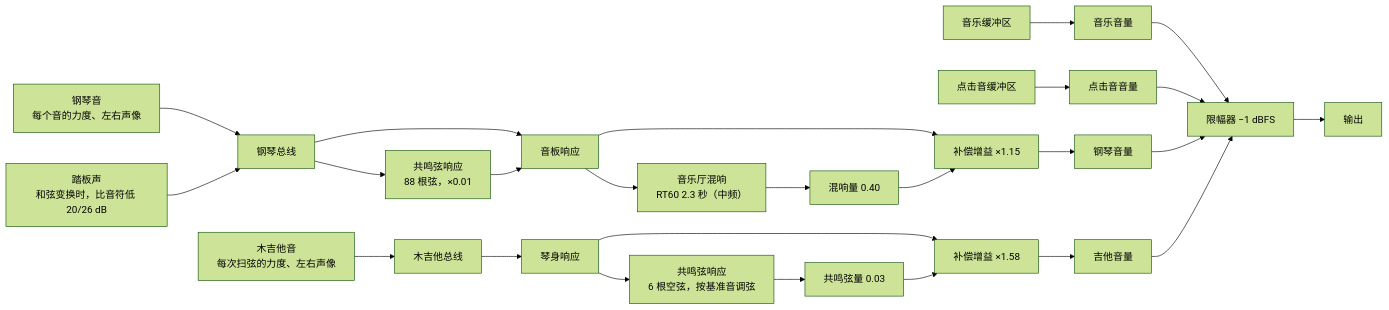
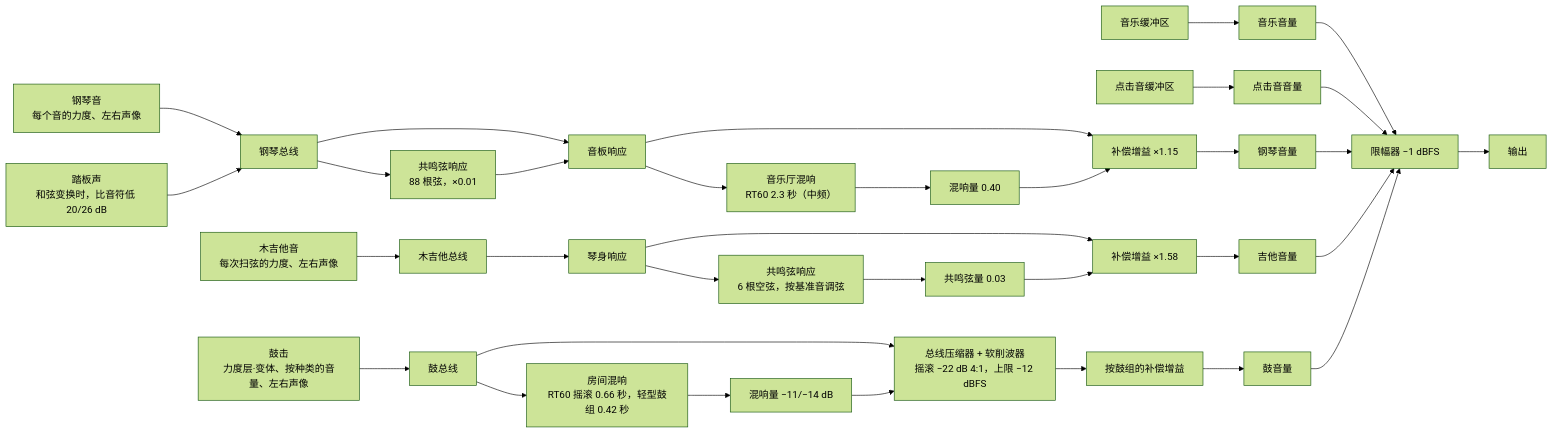
Before and after one commit to Velvitty/Chordity: the third of 3 diagrams in README.zh.md, drawn with Mermaid (forest theme). The commit also changed other lines of this file and 7 other files, not shown here.

````diff
--- a/README.zh.md
+++ b/README.zh.md
@@ -1419,20 +1436,25 @@
 ```mermaid
 flowchart LR
   M["音乐缓冲区"] --> GM["音乐音量"]
   C["点击音缓冲区"] --> GC["点击音音量"]
   P["钢琴音<br/>每个音的力度、左右声像"] --> PB["钢琴总线"] --> SB["音板响应"]
   PN["踏板声<br/>和弦变换时，比音符低 20/26 dB"] --> PB
   PB --> RS["共鸣弦响应<br/>88 根弦，×0.01"] --> SB
   SB --> MP["补偿增益 ×1.15"]
   SB --> RP["音乐厅混响<br/>RT60 2.3 秒（中频）"] --> WP["混响量 0.40"] --> MP
   G["木吉他音<br/>每次扫弦的力度、左右声像"] --> GB["木吉他总线"] --> BD["琴身响应"]
   BD --> MG["补偿增益 ×1.58"]
   BD --> RG["共鸣弦响应<br/>6 根空弦，按基准音调弦"] --> WG["共鸣弦量 0.03"] --> MG
+  D["鼓击<br/>力度层·变体、按种类的音量、左右声像"] --> DB["鼓总线"]
+  DB --> CD["总线压缩器 + 软削波器<br/>摇滚 −22 dB 4:1，上限 −12 dBFS"] --> MD["按鼓组的补偿增益"]
+  DB --> RD["房间混响<br/>RT60 摇滚 0.66 秒，轻型鼓组 0.42 秒"] --> WD["混响量 −11/−14 dB"] --> CD
   MP --> GP["钢琴音量"]
   MG --> GG["吉他音量"]
+  MD --> GD["鼓音量"]
   GM --> L["限幅器 −1 dBFS"]
   GC --> L
   GP --> L
   GG --> L
+  GD --> L
   L --> O["输出"]
 ```
````
